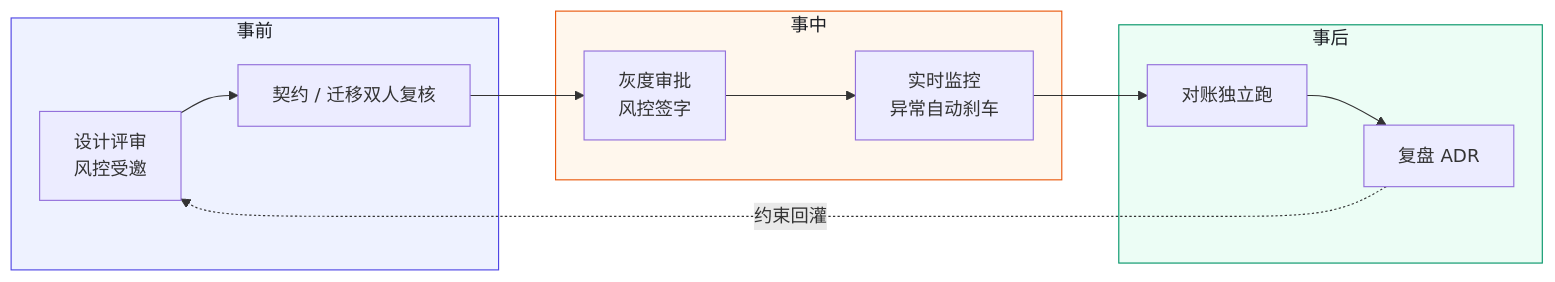
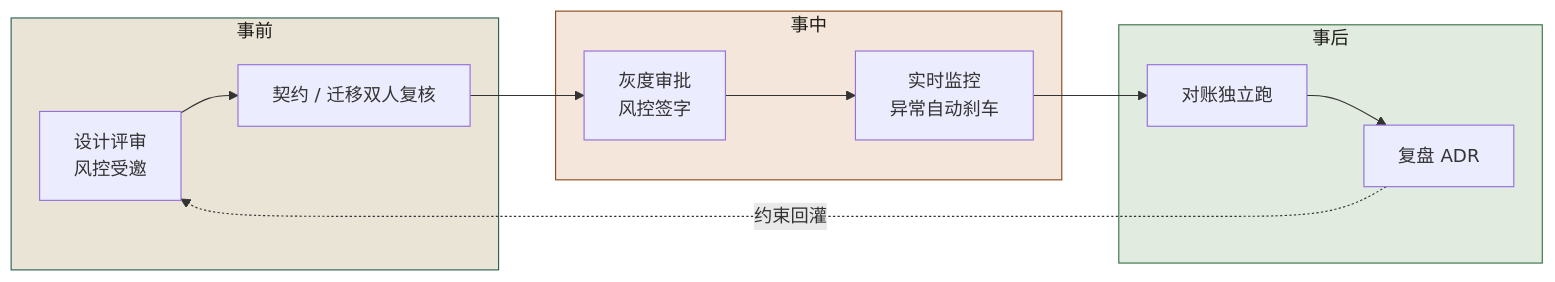
Before and after one commit to funny8kids/AI_Native_Software_Engineering: the first of 3 diagrams in docs/manuscript/ch25-第20章-风控不可绕过.md, drawn with Mermaid. The commit also changed other lines of this file and 81 other files, not shown here.

````diff
--- a/docs/manuscript/ch25-第20章-风控不可绕过.md
+++ b/docs/manuscript/ch25-第20章-风控不可绕过.md
@@ -6,20 +6,20 @@
 ```mermaid
 flowchart LR
   subgraph PRE["事前"]
     D[设计评审<br/>风控受邀]
     C[契约 / 迁移双人复核]
   end
   subgraph MID["事中"]
     M[实时监控<br/>异常自动刹车]
     A[灰度审批<br/>风控签字]
   end
   subgraph POST["事后"]
     R[对账独立跑]
     P[复盘 ADR]
   end
   D --> C --> A --> M --> R --> P
   P -.约束回灌.-> D
-  style PRE fill:#eef2ff,stroke:#4f46e5,color:#1a1d23
-  style MID fill:#fff7ed,stroke:#ea580c,color:#1a1d23
-  style POST fill:#ecfdf5,stroke:#059669,color:#1a1d23
+  style PRE fill:#eae4d6,stroke:#2f6154,color:#1e1c19
+  style MID fill:#f4e6da,stroke:#8a4b1c,color:#1e1c19
+  style POST fill:#e2ebdf,stroke:#3e7247,color:#1e1c19
 ```
````
